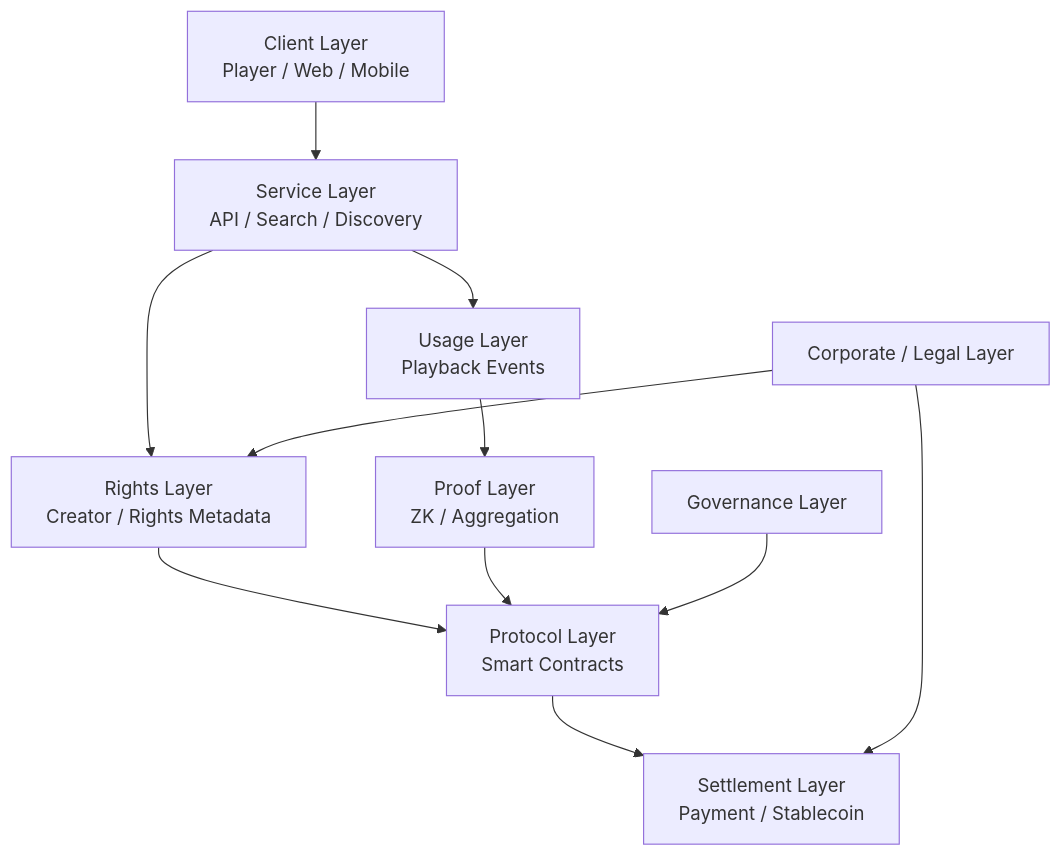
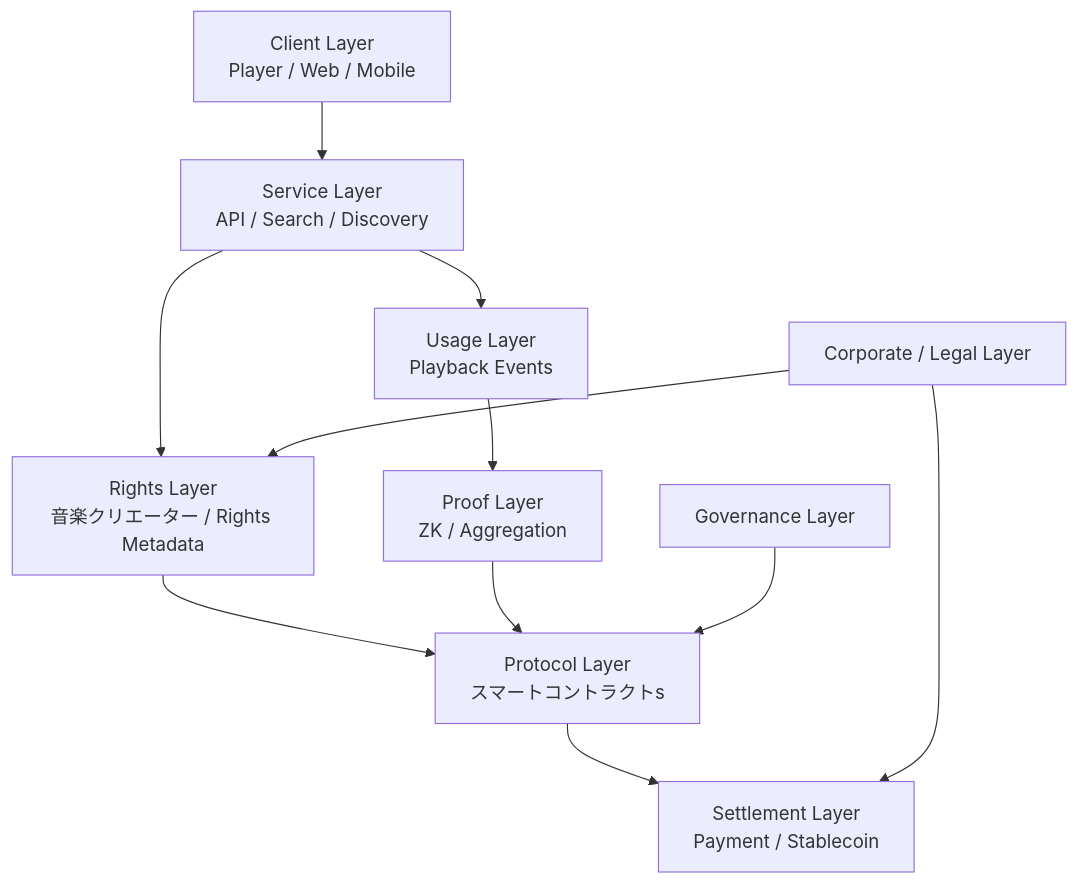
One commit to ShigeichiroYamasaki/creator-first-platform changed the second of 43 diagrams in docs/whitepaper/09-technology.md. Above: the diagram before and after it, drawn with Mermaid. The commit also changed other lines of this file and 67 other files, not shown here.

````diff
--- a/docs/whitepaper/09-technology.md
+++ b/docs/whitepaper/09-technology.md
@@ -80,23 +80,23 @@
 ```mermaid
 flowchart TD
     CLIENT[Client Layer<br/>Player / Web / Mobile]
     SERVICE[Service Layer<br/>API / Search / Discovery]
-    RIGHTS[Rights Layer<br/>Creator / Rights Metadata]
+    RIGHTS[Rights Layer<br/>音楽クリエーター / Rights Metadata]
     USAGE[Usage Layer<br/>Playback Events]
     PROOF[Proof Layer<br/>ZK / Aggregation]
-    CONTRACT[Protocol Layer<br/>Smart Contracts]
+    CONTRACT[Protocol Layer<br/>スマートコントラクトs]
     SETTLE[Settlement Layer<br/>Payment / Stablecoin]
     GOV[Governance Layer]
     CORP[Corporate / Legal Layer]
 
     CLIENT --> SERVICE
     SERVICE --> RIGHTS
     SERVICE --> USAGE
     USAGE --> PROOF
     RIGHTS --> CONTRACT
     PROOF --> CONTRACT
     CONTRACT --> SETTLE
     GOV --> CONTRACT
     CORP --> RIGHTS
     CORP --> SETTLE
 ```
````
